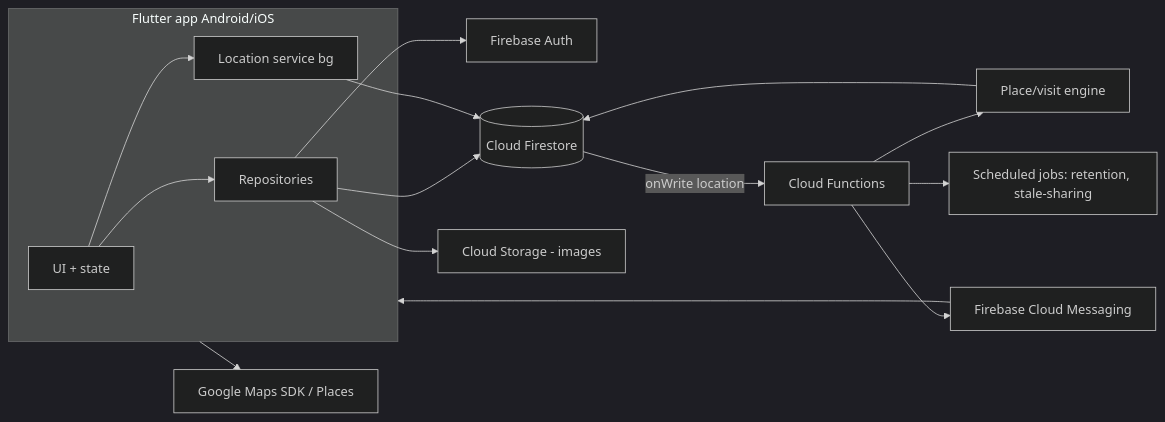
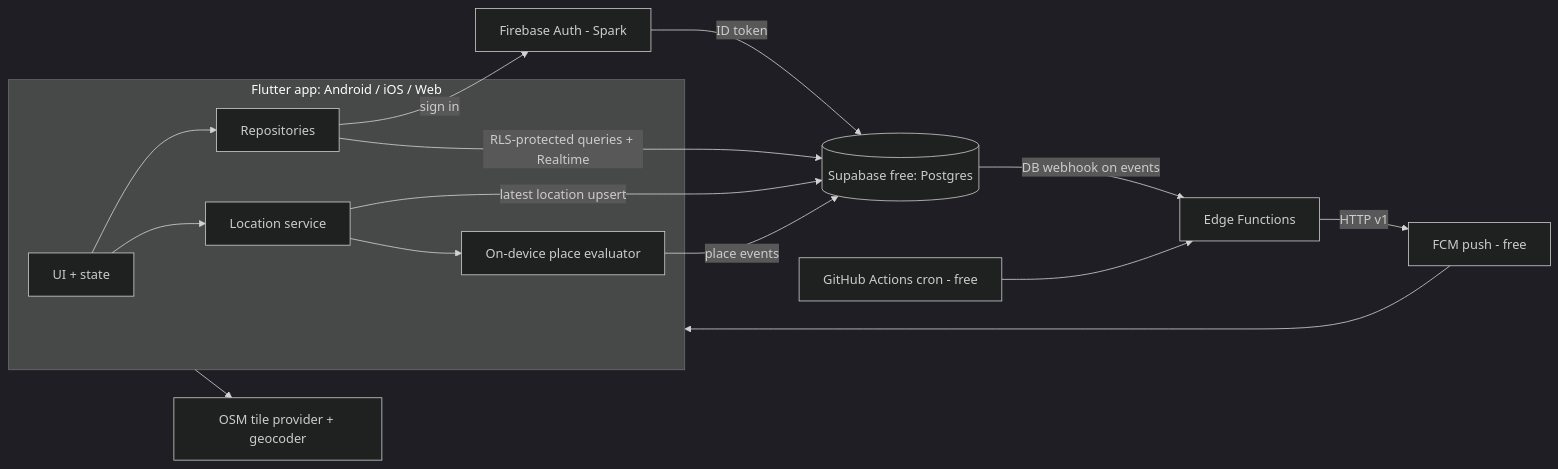
Before and after one commit to muhammadnaumantahir/Circlo: the diagram in architecture.md, drawn with Mermaid (dark theme). The commit also changed other lines of this file and 17 other files, not shown here.

````diff
--- a/architecture.md
+++ b/architecture.md
@@ -8,18 +10,18 @@
 ```mermaid
 flowchart LR
-  subgraph Device[Flutter app Android/iOS]
-    UI[UI + state] --> LS[Location service bg]
+  subgraph Client[Flutter app: Android / iOS / Web]
+    UI[UI + state] --> LS[Location service]
+    LS --> GE[On-device place evaluator]
     UI --> Repo[Repositories]
   end
-  Repo --> Auth[Firebase Auth]
-  Repo --> FS[(Cloud Firestore)]
-  Repo --> ST[Cloud Storage - images]
-  LS --> FS
-  FS -- onWrite location --> CF[Cloud Functions]
-  CF --> GE[Place/visit engine]
-  GE --> FS
-  CF --> FCM[Firebase Cloud Messaging]
-  FCM --> Device
-  Device --> GM[Google Maps SDK / Places]
-  CF --> SCH[Scheduled jobs: retention, stale-sharing]
+  Repo -- sign in --> FA[Firebase Auth - Spark]
+  FA -- ID token --> SB
+  Repo -- RLS-protected queries + Realtime --> SB[(Supabase free: Postgres)]
+  LS -- latest location upsert --> SB
+  GE -- place events --> SB
+  SB -- DB webhook on events --> EF[Edge Functions]
+  EF -- HTTP v1 --> FCM[FCM push - free]
+  FCM --> Client
+  SCH[GitHub Actions cron - free] --> EF
+  Client --> MAP[OSM tile provider + geocoder]
 ```
````
